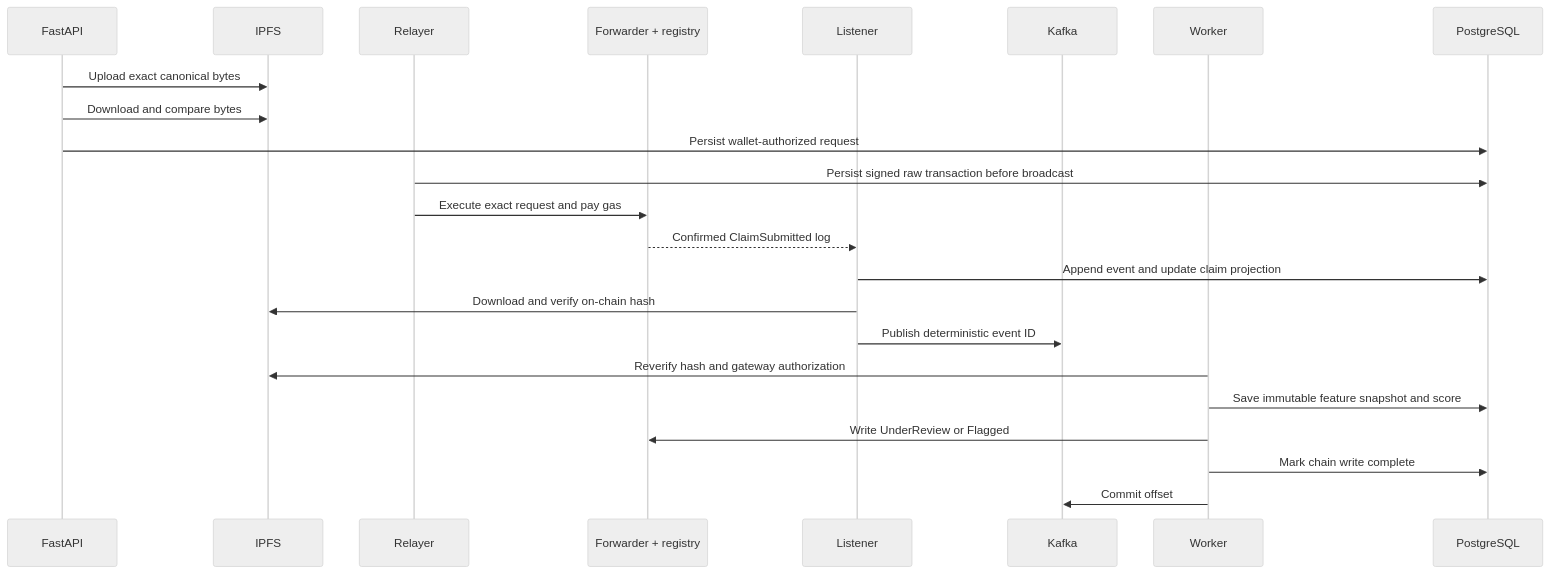
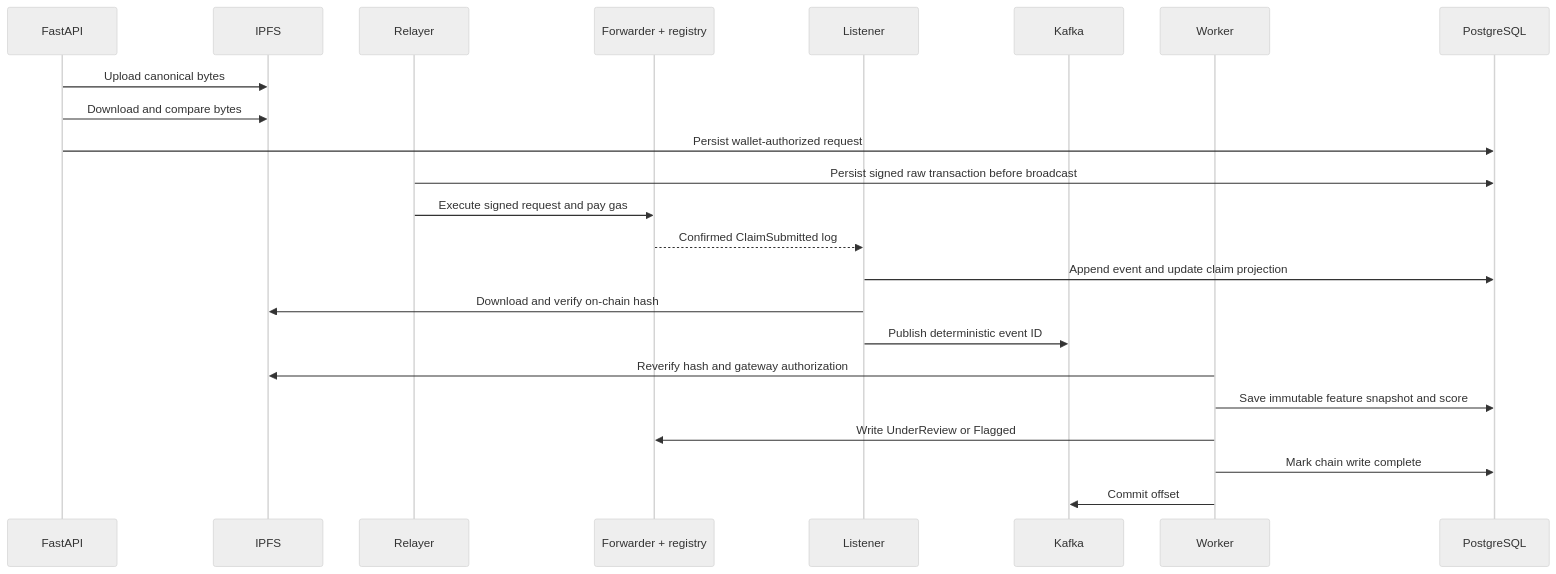
One commit to ganesh1997oli/Decentralized-Claims-Registry changed the second of 3 diagrams in README.md. Above: the diagram before and after it, drawn with Mermaid (neutral theme). The commit also changed other lines of this file and 80 other files, not shown here.

````diff
--- a/README.md
+++ b/README.md
@@ -203,26 +203,26 @@
 ```mermaid
 sequenceDiagram
     participant A as FastAPI
     participant I as IPFS
     participant R as Relayer
     participant E as Forwarder + registry
     participant L as Listener
     participant K as Kafka
     participant W as Worker
     participant P as PostgreSQL
 
-    A->>I: Upload exact canonical bytes
+    A->>I: Upload canonical bytes
     A->>I: Download and compare bytes
     A->>P: Persist wallet-authorized request
     R->>P: Persist signed raw transaction before broadcast
-    R->>E: Execute exact request and pay gas
+    R->>E: Execute signed request and pay gas
     E-->>L: Confirmed ClaimSubmitted log
     L->>P: Append event and update claim projection
     L->>I: Download and verify on-chain hash
     L->>K: Publish deterministic event ID
     W->>I: Reverify hash and gateway authorization
     W->>P: Save immutable feature snapshot and score
     W->>E: Write UnderReview or Flagged
     W->>P: Mark chain write complete
     W->>K: Commit offset
 ```
````
